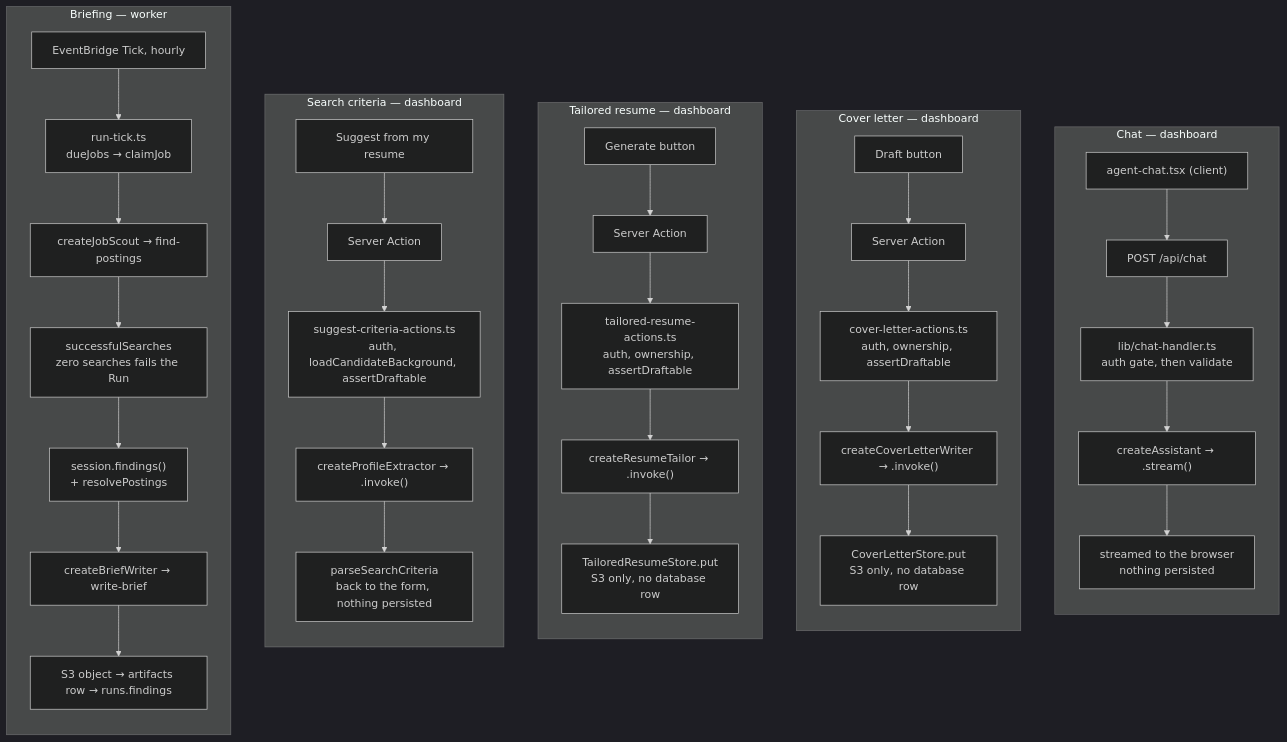
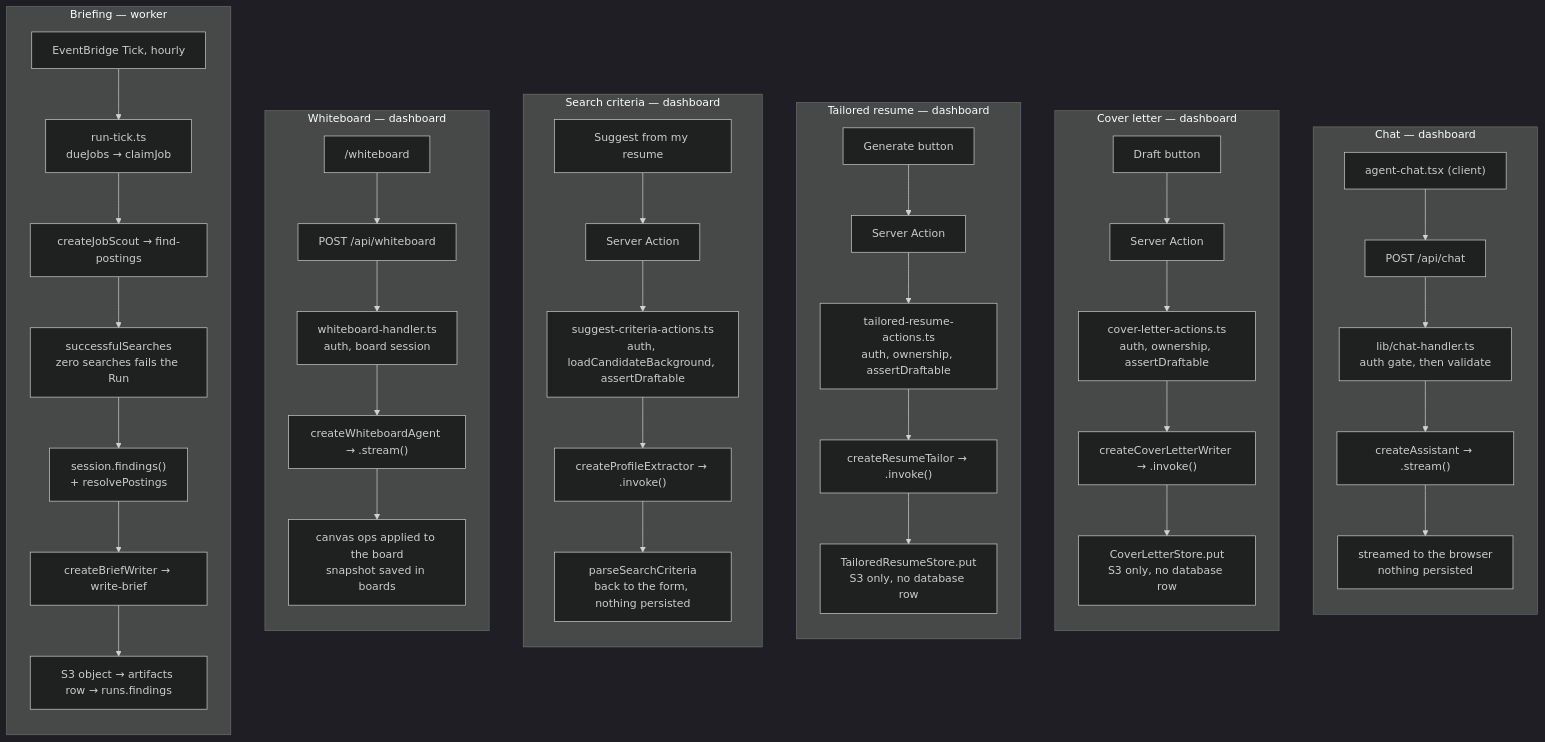
The fourth of 5 diagrams in docs/agent-architecture.md (sunnyeyles/control-panel), drawn with Mermaid (dark theme) before and after one commit. The commit also changed other lines of this file and 9 other files, not shown here.

````diff
--- a/docs/agent-architecture.md
+++ b/docs/agent-architecture.md
@@ -270,44 +277,52 @@
 ```mermaid
 flowchart TD
     subgraph chat ["Chat — dashboard"]
         direction TB
         C1["agent-chat.tsx (client)"] --> C2["POST /api/chat"]
         C2 --> C3["lib/chat-handler.ts<br/>auth gate, then validate"]
         C3 --> C4["createAssistant → .stream()"]
         C4 --> C5["streamed to the browser<br/>nothing persisted"]
     end
 
     subgraph letter ["Cover letter — dashboard"]
         direction TB
         L1["Draft button"] --> L2["Server Action"]
         L2 --> L3["cover-letter-actions.ts<br/>auth, ownership, assertDraftable"]
         L3 --> L4["createCoverLetterWriter → .invoke()"]
         L4 --> L5["CoverLetterStore.put<br/>S3 only, no database row"]
     end
 
     subgraph resume ["Tailored resume — dashboard"]
         direction TB
         R1["Generate button"] --> R2["Server Action"]
         R2 --> R3["tailored-resume-actions.ts<br/>auth, ownership, assertDraftable"]
         R3 --> R4["createResumeTailor → .invoke()"]
         R4 --> R5["TailoredResumeStore.put<br/>S3 only, no database row"]
     end
 
     subgraph criteria ["Search criteria — dashboard"]
         direction TB
         S1["Suggest from my resume"] --> S2["Server Action"]
         S2 --> S3["suggest-criteria-actions.ts<br/>auth, loadCandidateBackground, assertDraftable"]
         S3 --> S4["createProfileExtractor → .invoke()"]
         S4 --> S5["parseSearchCriteria<br/>back to the form, nothing persisted"]
     end
 
+    subgraph whiteboard ["Whiteboard — dashboard"]
+        direction TB
+        W1["/whiteboard"] --> W2["POST /api/whiteboard"]
+        W2 --> W3["whiteboard-handler.ts<br/>auth, board session"]
+        W3 --> W4["createWhiteboardAgent → .stream()"]
+        W4 --> W5["canvas ops applied to the board<br/>snapshot saved in boards"]
+    end
+
     subgraph brief ["Briefing — worker"]
         direction TB
         B1["EventBridge Tick, hourly"] --> B2["run-tick.ts<br/>dueJobs → claimJob"]
         B2 --> B3["createJobScout → find-postings"]
         B3 --> B4["successfulSearches<br/>zero searches fails the Run"]
         B4 --> B5["session.findings()<br/>+ resolvePostings"]
         B5 --> B6["createBriefWriter → write-brief"]
         B6 --> B7["S3 object → artifacts row → runs.findings"]
     end
 ```
````
